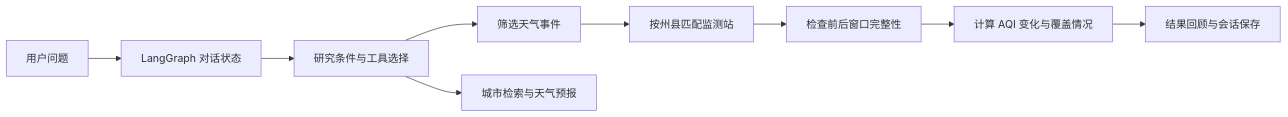
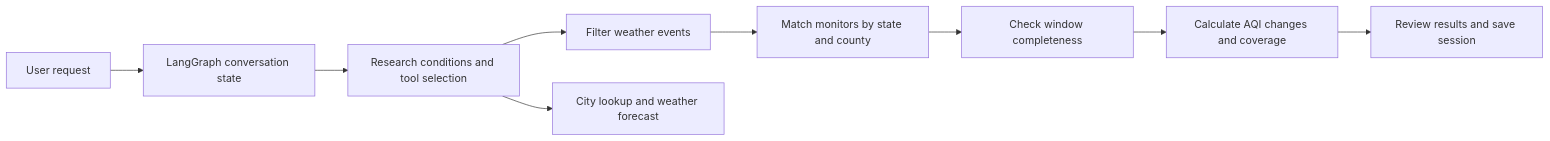
Before and after one commit to Veloraneeeee/AQI_analysis_agent: the diagram in README.md, drawn with Mermaid. The commit also changed other lines of this file, not shown here.

````diff
--- a/README.md
+++ b/README.md
@@ -37,11 +39,11 @@
 ```mermaid
 flowchart LR
-    A[用户问题] --> B[LangGraph 对话状态]
-    B --> C[研究条件与工具选择]
-    C --> D[筛选天气事件]
-    D --> E[按州县匹配监测站]
-    E --> F[检查前后窗口完整性]
-    F --> G[计算 AQI 变化与覆盖情况]
-    G --> H[结果回顾与会话保存]
-    C --> I[城市检索与天气预报]
+    A[User request] --> B[LangGraph conversation state]
+    B --> C[Research conditions and tool selection]
+    C --> D[Filter weather events]
+    D --> E[Match monitors by state and county]
+    E --> F[Check window completeness]
+    F --> G[Calculate AQI changes and coverage]
+    G --> H[Review results and save session]
+    C --> I[City lookup and weather forecast]
 ```
````
